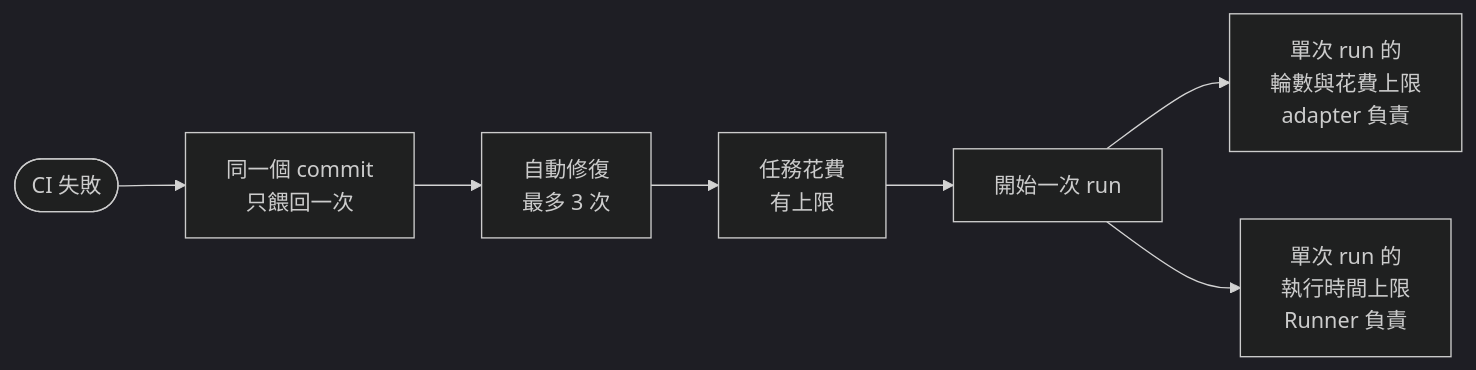
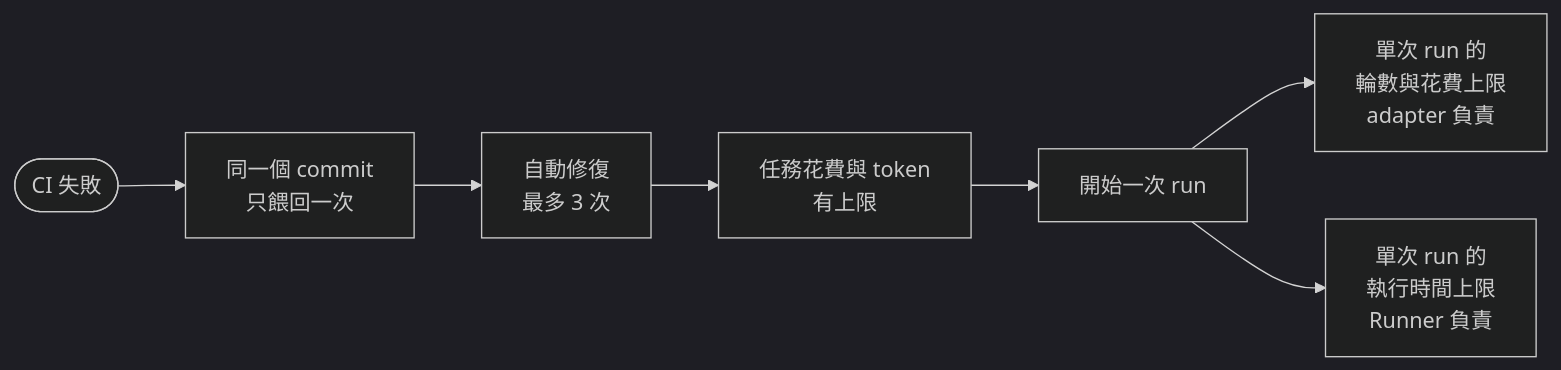
Before and after one commit to ppoozine/agent-supervisor: diagram 11 of 18 in docs/06-diagrams.md, drawn with Mermaid (dark theme). The commit also changed other lines of this file and 6 other files, not shown here.

````diff
--- a/docs/06-diagrams.md
+++ b/docs/06-diagrams.md
@@ -399,9 +399,9 @@
 ```mermaid
 flowchart LR
     loop_start(["CI 失敗"]) --> g1["同一個 commit<br/>只餵回一次"]
     g1 --> g2["自動修復<br/>最多 3 次"]
-    g2 --> g3["任務花費<br/>有上限"]
+    g2 --> g3["任務花費與 token<br/>有上限"]
     g3 --> run["開始一次 run"]
     run --> g4["單次 run 的<br/>輪數與花費上限<br/>adapter 負責"]
     run --> g5["單次 run 的<br/>執行時間上限<br/>Runner 負責"]
 ```
````
